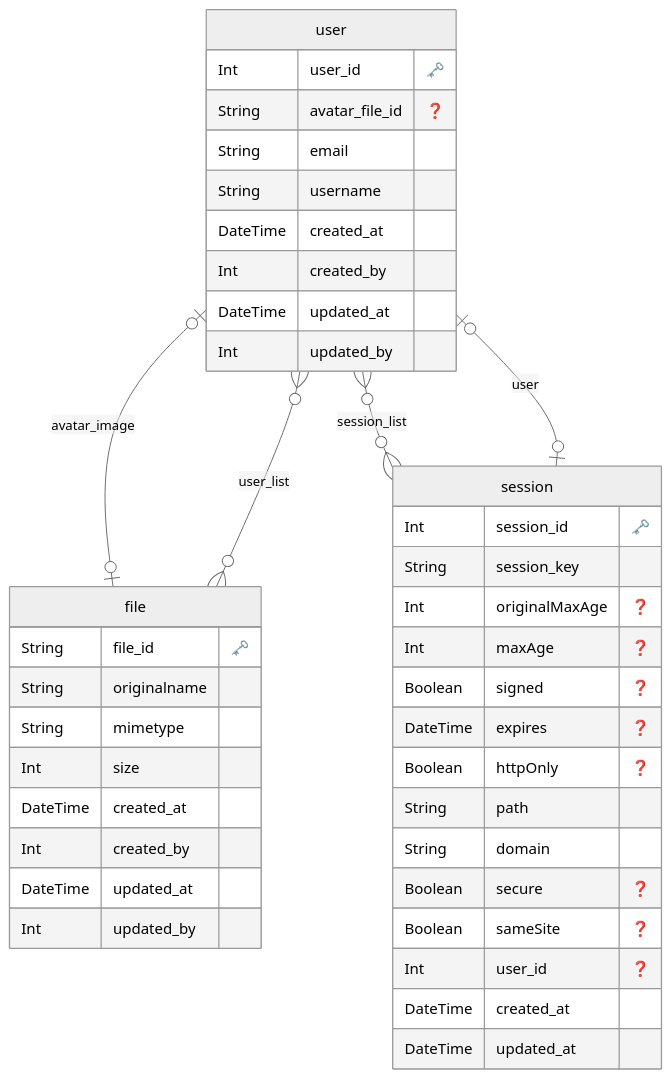
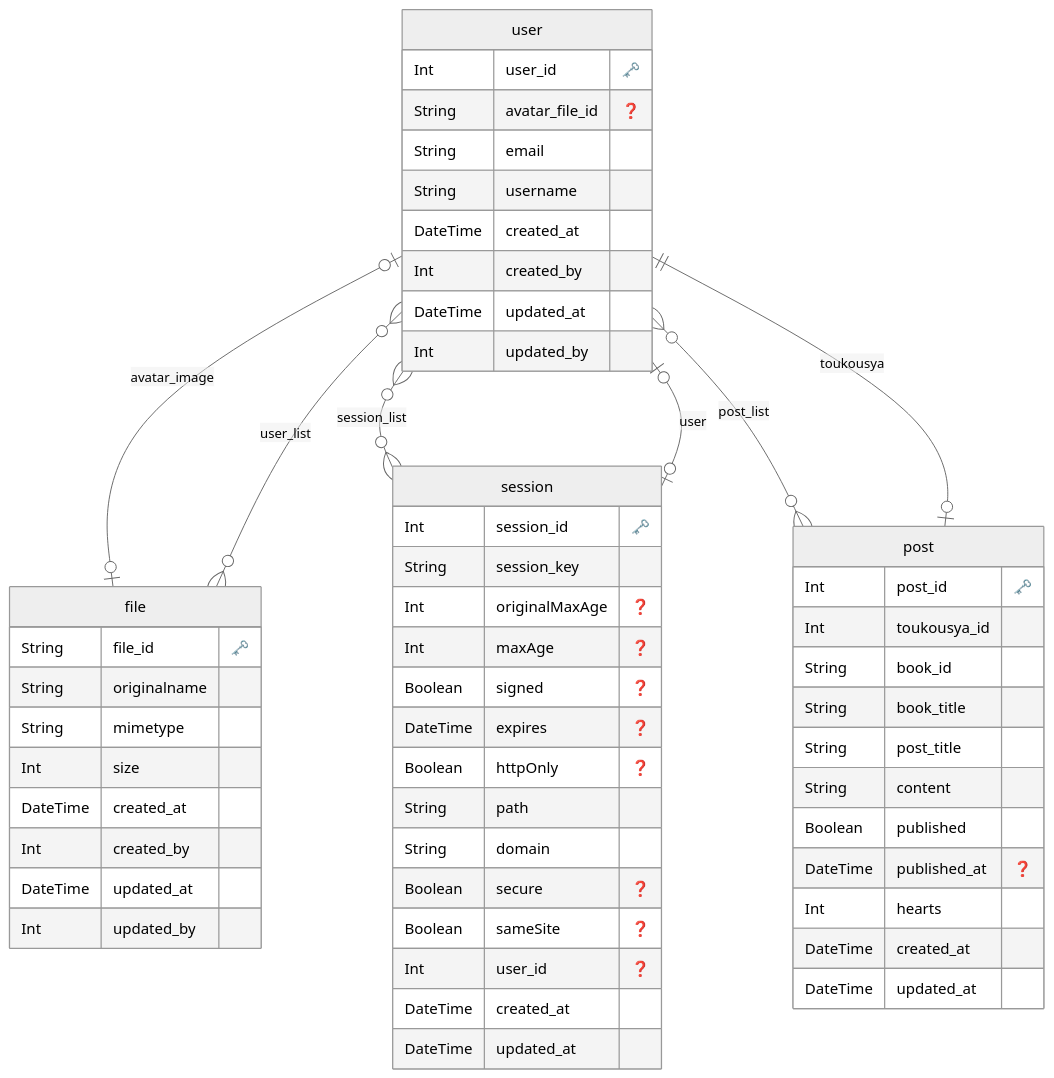
Before and after one commit to oktntko/book-share: the diagram in book-share-express/prisma/ERD.md, drawn with Mermaid (neutral theme). The commit also changed 11 other files, not shown here.

````diff
--- a/book-share-express/prisma/ERD.md
+++ b/book-share-express/prisma/ERD.md
@@ -1,49 +1,66 @@
 ```mermaid
 erDiagram
 
   "user" {
     Int user_id "🗝️"
     String avatar_file_id "❓"
     String email 
     String username 
     DateTime created_at 
     Int created_by 
     DateTime updated_at 
     Int updated_by 
     }
   
 
   "session" {
     Int session_id "🗝️"
     String session_key 
     Int originalMaxAge "❓"
     Int maxAge "❓"
     Boolean signed "❓"
     DateTime expires "❓"
     Boolean httpOnly "❓"
     String path 
     String domain 
     Boolean secure "❓"
     Boolean sameSite "❓"
     Int user_id "❓"
     DateTime created_at 
     DateTime updated_at 
     }
   
 
   "file" {
     String file_id "🗝️"
     String originalname 
     String mimetype 
     Int size 
     DateTime created_at 
     Int created_by 
     DateTime updated_at 
     Int updated_by 
     }
   
+
+  "post" {
+    Int post_id "🗝️"
+    Int toukousya_id 
+    String book_id 
+    String book_title 
+    String post_title 
+    String content 
+    Boolean published 
+    DateTime published_at "❓"
+    Int hearts 
+    DateTime created_at 
+    DateTime updated_at 
+    }
+  
     "user" o|--|o "file" : "avatar_image"
     "user" o{--}o "session" : "session_list"
+    "user" o{--}o "post" : "post_list"
     "session" o|--|o "user" : "user"
     "file" o{--}o "user" : "user_list"
+    "post" o|--|| "user" : "toukousya"
 ```
````
